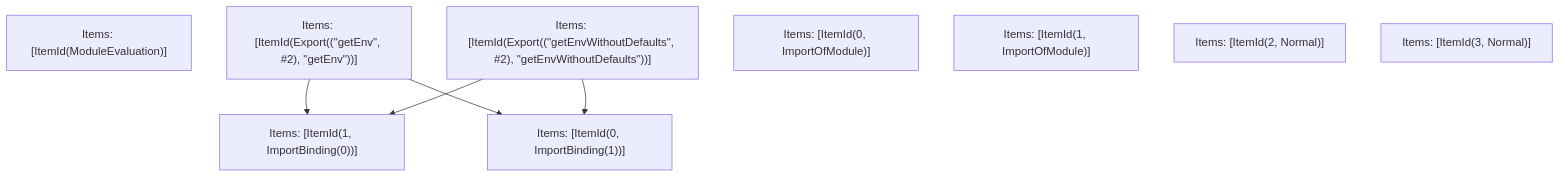
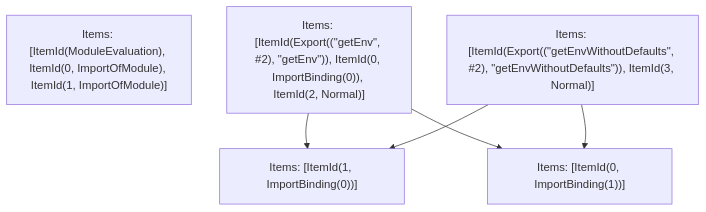
The fifth of 5 diagrams in turbopack/crates/turbopack-ecmascript/tests/tree-shaker/analyzer/otel-core/output.md (Sonar-UX-Testing-FreePlan/next.js), drawn with Mermaid before and after one commit. The commit also changed other lines of this file and 38 other files, not shown here.

````diff
--- a/turbopack/crates/turbopack-ecmascript/tests/tree-shaker/analyzer/otel-core/output.md
+++ b/turbopack/crates/turbopack-ecmascript/tests/tree-shaker/analyzer/otel-core/output.md
@@ -174,16 +174,12 @@
 ```mermaid
 graph TD
-    N0["Items: [ItemId(ModuleEvaluation)]"];
-    N1["Items: [ItemId(Export((&quot;getEnv&quot;, #2), &quot;getEnv&quot;))]"];
-    N2["Items: [ItemId(Export((&quot;getEnvWithoutDefaults&quot;, #2), &quot;getEnvWithoutDefaults&quot;))]"];
+    N0["Items: [ItemId(ModuleEvaluation), ItemId(0, ImportOfModule), ItemId(1, ImportOfModule)]"];
+    N1["Items: [ItemId(Export((&quot;getEnv&quot;, #2), &quot;getEnv&quot;)), ItemId(0, ImportBinding(0)), ItemId(2, Normal)]"];
+    N2["Items: [ItemId(Export((&quot;getEnvWithoutDefaults&quot;, #2), &quot;getEnvWithoutDefaults&quot;)), ItemId(3, Normal)]"];
     N3["Items: [ItemId(0, ImportBinding(1))]"];
     N4["Items: [ItemId(1, ImportBinding(0))]"];
-    N5["Items: [ItemId(0, ImportOfModule)]"];
-    N6["Items: [ItemId(1, ImportOfModule)]"];
-    N7["Items: [ItemId(2, Normal)]"];
-    N8["Items: [ItemId(3, Normal)]"];
     N1 --> N4;
     N1 --> N3;
     N2 --> N3;
     N2 --> N4;
 ```
````
